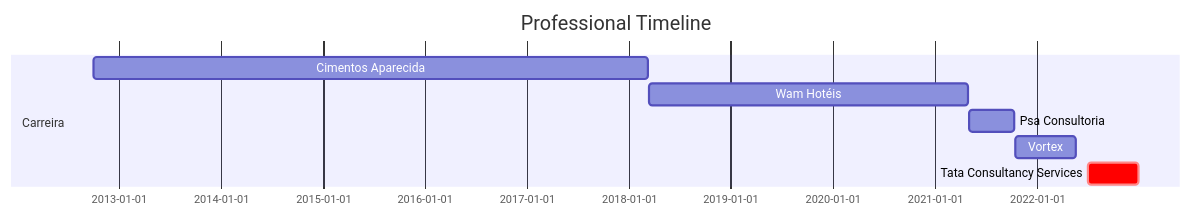
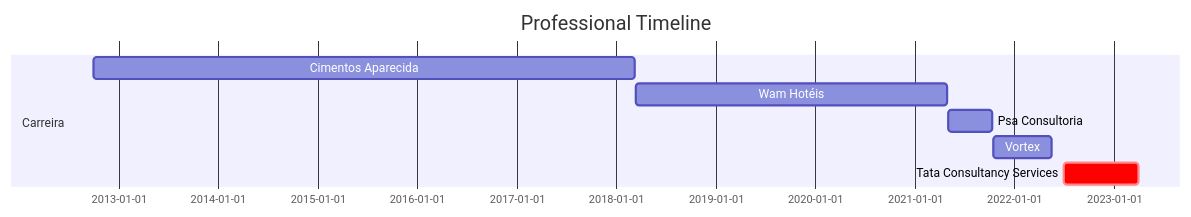
One commit to Robisonnunes/RobisonNunes changed the diagram in README.md. Above: the diagram before and after it, drawn with Mermaid.

````diff
--- a/README.md
+++ b/README.md
@@ -15,14 +15,14 @@
 ```mermaid
 
 gantt
 dateFormat  YYYY-MM-DD
 title Professional Timeline
 
 section Carreira
 Cimentos Aparecida    :2012-10-01,2018-03-10
 Wam Hotéis            :2018-03-13,2021-04-30
 Psa Consultoria       :2021-05-03,2021-10-12
 Vortex                :2021-10-15,2022-05-19
-Tata Consultancy Services :crit,2022-07-01,2022-12-31
+Tata Consultancy Services :crit,2022-07-01,2023-04-01
 
 ```
````
